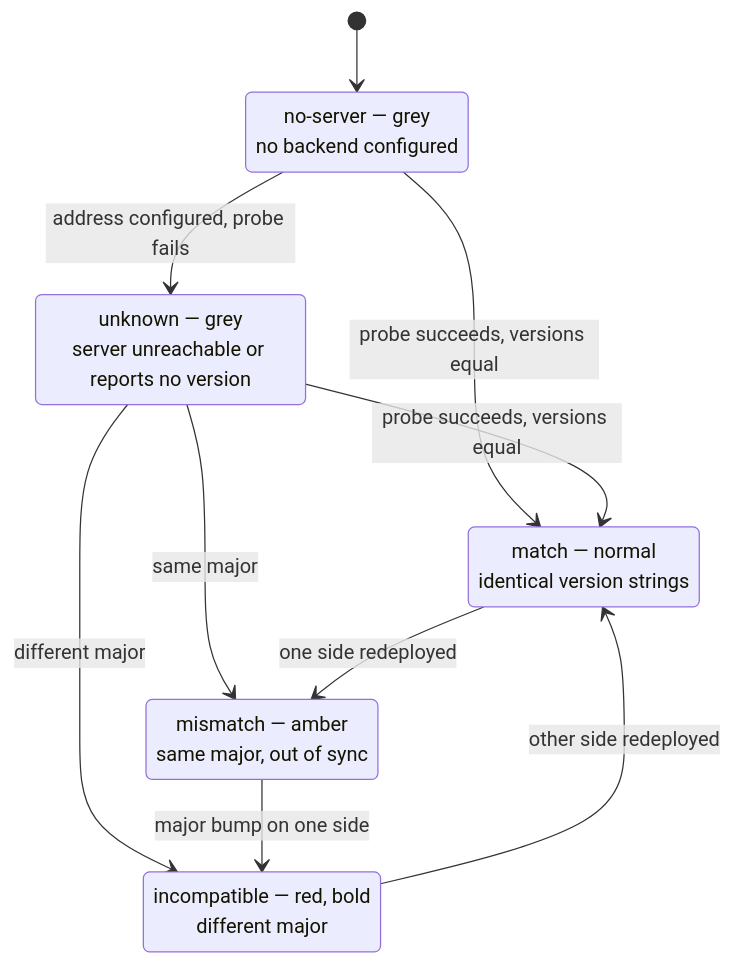
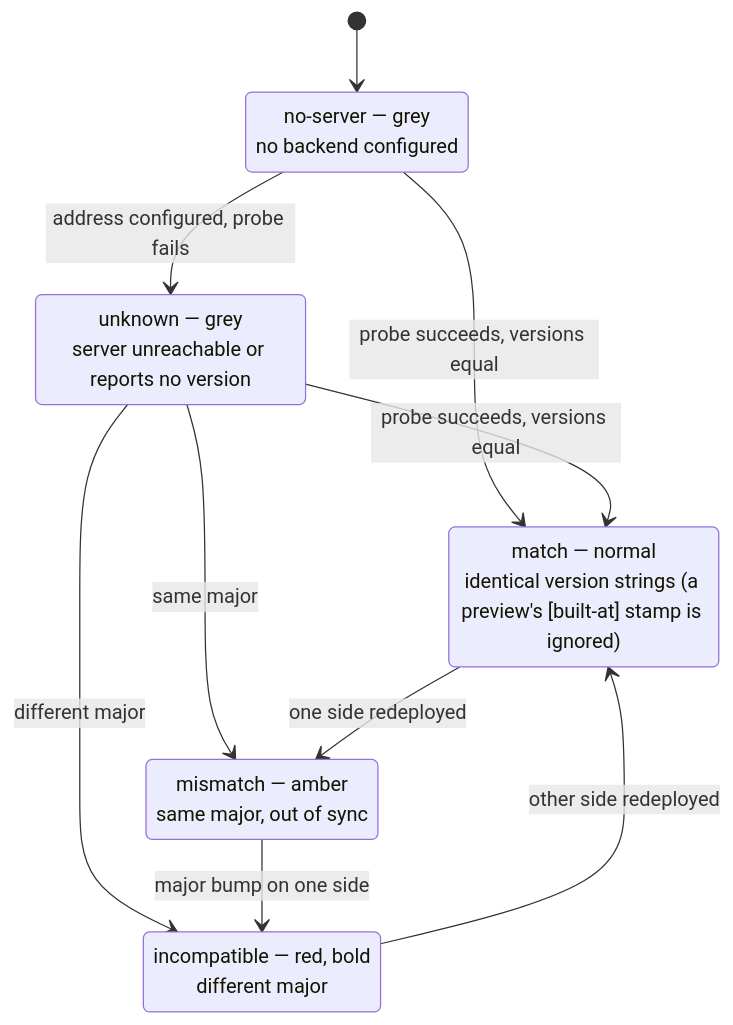
Before and after one commit to ValentinHerrmann/Examance: the fifth of 5 diagrams in docs/deployment.md, drawn with Mermaid. The commit also changed other lines of this file and 11 other files, not shown here.

````diff
--- a/docs/deployment.md
+++ b/docs/deployment.md
@@ -190,18 +204,18 @@
 ```mermaid
 stateDiagram-v2
     [*] --> NoServer
     NoServer: no-server — grey<br/>no backend configured
     Unknown: unknown — grey<br/>server unreachable or reports no version
-    Match: match — normal<br/>identical version strings
+    Match: match — normal<br/>identical version strings (a preview's [built-at] stamp is ignored)
     Mismatch: mismatch — amber<br/>same major, out of sync
     Incompatible: incompatible — red, bold<br/>different major
 
     NoServer --> Unknown: address configured, probe fails
     NoServer --> Match: probe succeeds, versions equal
     Unknown --> Match: probe succeeds, versions equal
     Unknown --> Mismatch: same major
     Unknown --> Incompatible: different major
     Match --> Mismatch: one side redeployed
     Mismatch --> Incompatible: major bump on one side
     Incompatible --> Match: other side redeployed
 ```
````
